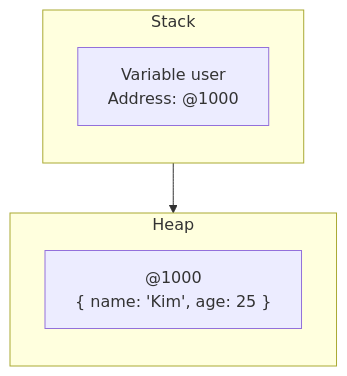
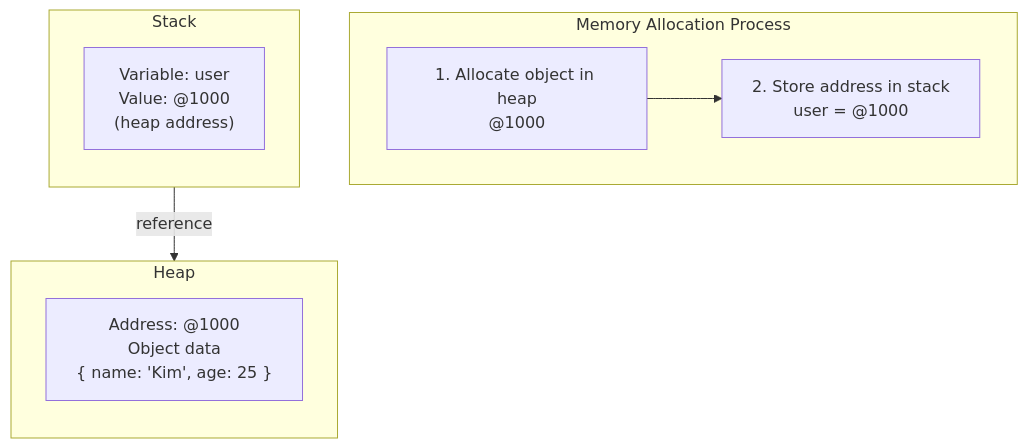
One commit to codefug/codefug.github.io changed the third of 17 diagrams in markdown/2026-01-18/en/content.mdx. Above: the diagram before and after it, drawn with Mermaid. The commit also changed other lines of this file, not shown here.

Commit message:
docs: 영어 버전 메모리 구조 설명 상세화 및 mermaid 다이어그램 개선

````diff
--- a/markdown/2026-01-18/en/content.mdx
+++ b/markdown/2026-01-18/en/content.mdx
@@ -57,14 +113,22 @@
 ```mermaid
 flowchart TB
+    subgraph Process["Memory Allocation Process"]
+        direction LR
+        Step1["1. Allocate object in heap<br/>@1000"]
+        Step2["2. Store address in stack<br/>user = @1000"]
+    end
+    
+    Step1 --> Step2
+    
     subgraph Stack["Stack"]
         direction TB
-        V1["Variable user<br/>Address: @1000"]
+        V1["Variable: user<br/>Value: @1000<br/>(heap address)"]
     end
 
     subgraph Heap["Heap"]
         direction TB
-        O1["@1000<br/>{ name: 'Kim', age: 25 }"]
+        O1["Address: @1000<br/>Object data<br/>{ name: 'Kim', age: 25 }"]
     end
 
-    V1 --> O1
+    V1 -->|"reference"| O1
 ```
````
